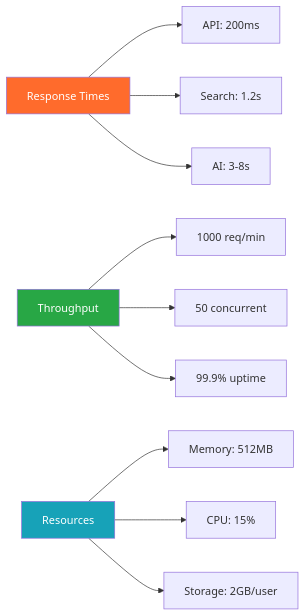
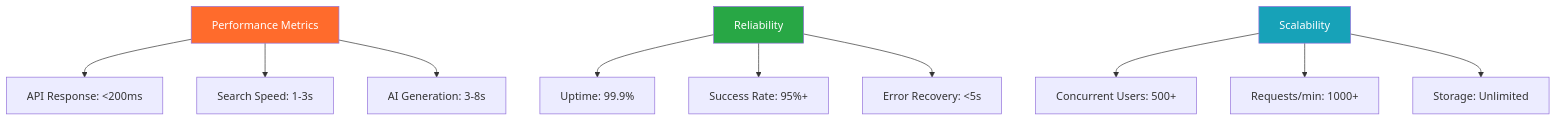
The eighth of 8 diagrams in README.md (Kedhareswer/thesisflow-ai), drawn with Mermaid before and after one commit. The commit also changed other lines of this file, not shown here.

````diff
--- a/README.md
+++ b/README.md
@@ -635,18 +762,18 @@
 ```mermaid
-graph LR
-    A[Response Times] --> A1[API: 200ms]
-    A --> A2[Search: 1.2s]
-    A --> A3[AI: 3-8s]
+graph TB
+    A[Performance Metrics] --> A1[API Response: <200ms]
+    A --> A2[Search Speed: 1-3s]
+    A --> A3[AI Generation: 3-8s]
     
-    B[Throughput] --> B1[1000 req/min]
-    B --> B2[50 concurrent]
-    B --> B3[99.9% uptime]
+    B[Reliability] --> B1[Uptime: 99.9%]
+    B --> B2[Success Rate: 95%+]
+    B --> B3[Error Recovery: <5s]
     
-    C[Resources] --> C1[Memory: 512MB]
-    C --> C2[CPU: 15%]
-    C --> C3[Storage: 2GB/user]
+    C[Scalability] --> C1[Concurrent Users: 500+]
+    C --> C2[Requests/min: 1000+]
+    C --> C3[Storage: Unlimited]
     
     style A fill:#FF6B2C,color:#fff
     style B fill:#28a745,color:#fff
     style C fill:#17a2b8,color:#fff
 ```
````
